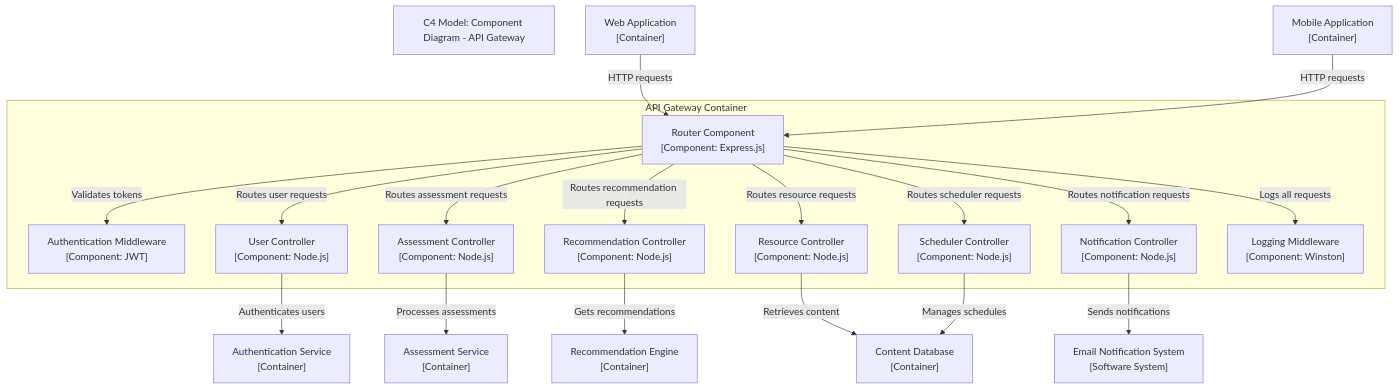
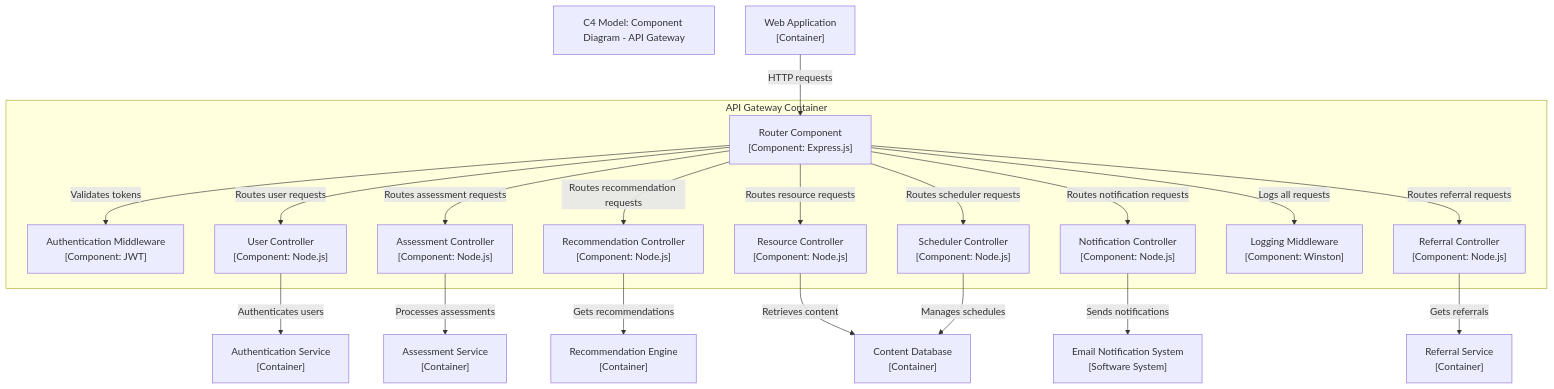
Before and after one commit to ZiyandaPetela/Student_Mental_Wellness_Academic_Support_System: the fourth of 4 diagrams in ARCHITECTURE.md, drawn with Mermaid. The commit also changed other lines of this file, not shown here.

````diff
--- a/ARCHITECTURE.md
+++ b/ARCHITECTURE.md
@@ -292,44 +317,46 @@
 ```mermaid
 graph TD
     title[C4 Model: Component Diagram - API Gateway]
     
     WebApp["Web Application\n[Container]"]
-    MobileApp["Mobile Application\n[Container]"]
     
     subgraph "API Gateway Container"
         RouterComponent["Router Component\n[Component: Express.js]"]
         AuthMiddleware["Authentication Middleware\n[Component: JWT]"]
         UserController["User Controller\n[Component: Node.js]"]
         AssessmentController["Assessment Controller\n[Component: Node.js]"]
         RecommendationController["Recommendation Controller\n[Component: Node.js]"]
         ResourceController["Resource Controller\n[Component: Node.js]"]
         NotificationController["Notification Controller\n[Component: Node.js]"]
         SchedulerController["Scheduler Controller\n[Component: Node.js]"]
         LoggingMiddleware["Logging Middleware\n[Component: Winston]"]
+        ReferralController["Referral Controller\n[Component: Node.js]"]
     end
     
     AuthService["Authentication Service\n[Container]"]
     AssessmentService["Assessment Service\n[Container]"]
     RecommendationEngine["Recommendation Engine\n[Container]"]
     ContentDatabase["Content Database\n[Container]"]
     EmailSystem["Email Notification System\n[Software System]"]
+    ReferralService["Referral Service\n[Container]"]
     
     WebApp -->|HTTP requests| RouterComponent
-    MobileApp -->|HTTP requests| RouterComponent
     
     RouterComponent -->|Validates tokens| AuthMiddleware
     RouterComponent -->|Routes user requests| UserController
     RouterComponent -->|Routes assessment requests| AssessmentController
     RouterComponent -->|Routes recommendation requests| RecommendationController
     RouterComponent -->|Routes resource requests| ResourceController
     RouterComponent -->|Routes notification requests| NotificationController
     RouterComponent -->|Routes scheduler requests| SchedulerController
+    RouterComponent -->|Routes referral requests| ReferralController
     RouterComponent -->|Logs all requests| LoggingMiddleware
     
     UserController -->|Authenticates users| AuthService
     AssessmentController -->|Processes assessments| AssessmentService
     RecommendationController -->|Gets recommendations| RecommendationEngine
     ResourceController -->|Retrieves content| ContentDatabase
     NotificationController -->|Sends notifications| EmailSystem
     SchedulerController -->|Manages schedules| ContentDatabase
+    ReferralController -->|Gets referrals| ReferralService
    ``` 
````
